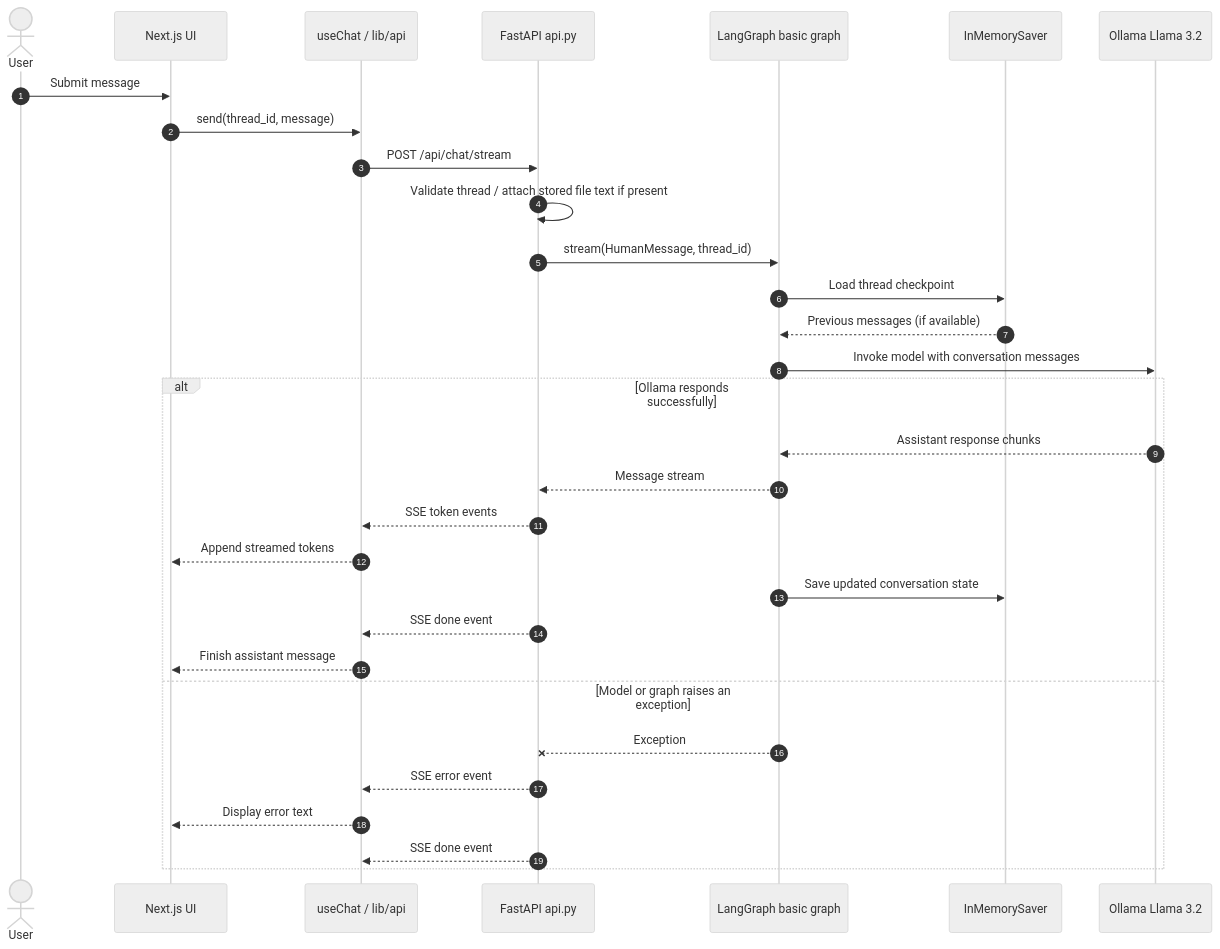
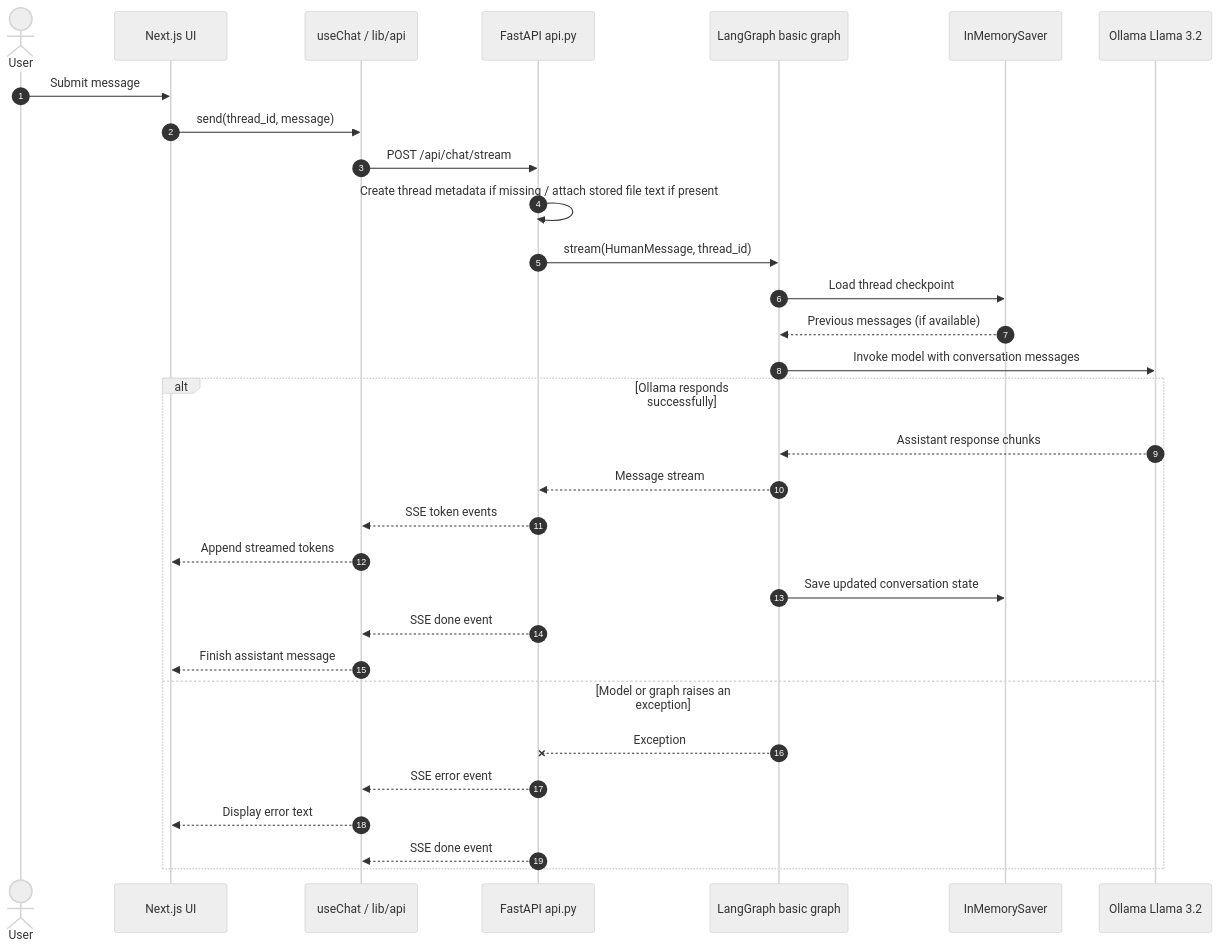
Before and after one commit to pratik-0302/chatbot: the second of 3 diagrams in README.md, drawn with Mermaid (neutral theme). The commit also changed other lines of this file, not shown here.

Commit message:
docs: expand architecture and interview preparation guide

````diff
--- a/README.md
+++ b/README.md
@@ -135,34 +136,34 @@
 ```mermaid
 sequenceDiagram
     autonumber
     actor User
     participant UI as Next.js UI
     participant Hook as useChat / lib/api
     participant API as FastAPI api.py
     participant Graph as LangGraph basic graph
     participant CP as InMemorySaver
     participant Ollama as Ollama Llama 3.2
 
     User->>UI: Submit message
     UI->>Hook: send(thread_id, message)
     Hook->>API: POST /api/chat/stream
-    API->>API: Validate thread / attach stored file text if present
+    API->>API: Create thread metadata if missing / attach stored file text if present
     API->>Graph: stream(HumanMessage, thread_id)
     Graph->>CP: Load thread checkpoint
     CP-->>Graph: Previous messages (if available)
     Graph->>Ollama: Invoke model with conversation messages
     alt Ollama responds successfully
         Ollama-->>Graph: Assistant response chunks
         Graph-->>API: Message stream
         API-->>Hook: SSE token events
         Hook-->>UI: Append streamed tokens
         Graph->>CP: Save updated conversation state
         API-->>Hook: SSE done event
         Hook-->>UI: Finish assistant message
     else Model or graph raises an exception
         Graph--xAPI: Exception
         API-->>Hook: SSE error event
         Hook-->>UI: Display error text
         API-->>Hook: SSE done event
     end
 ```
````
